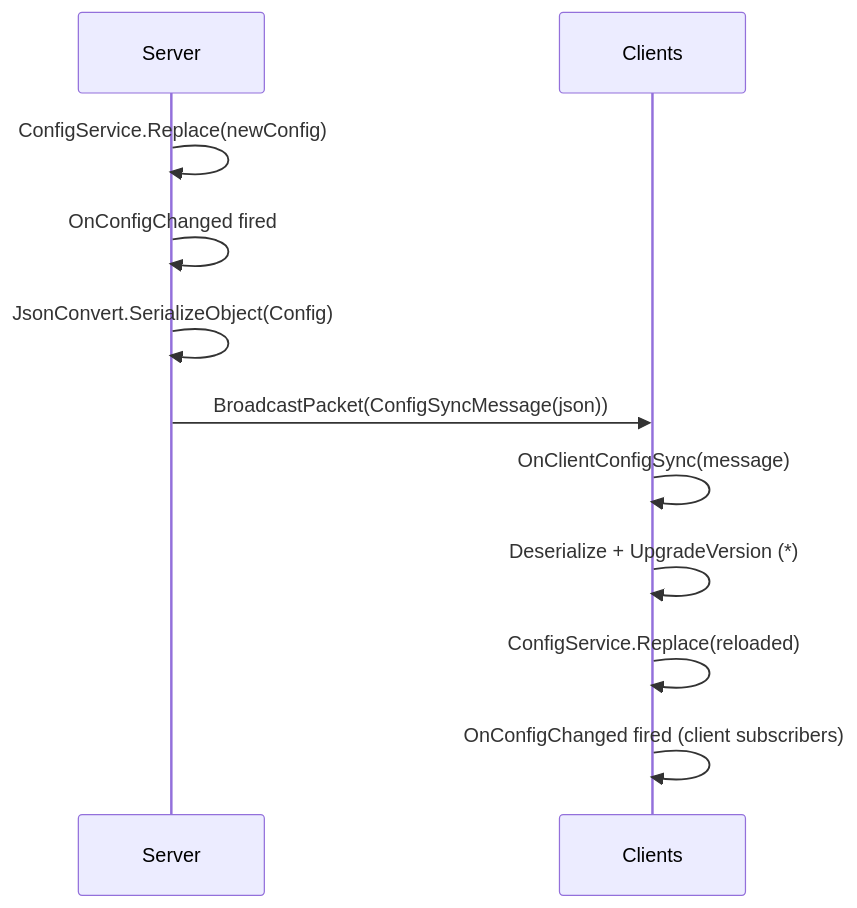
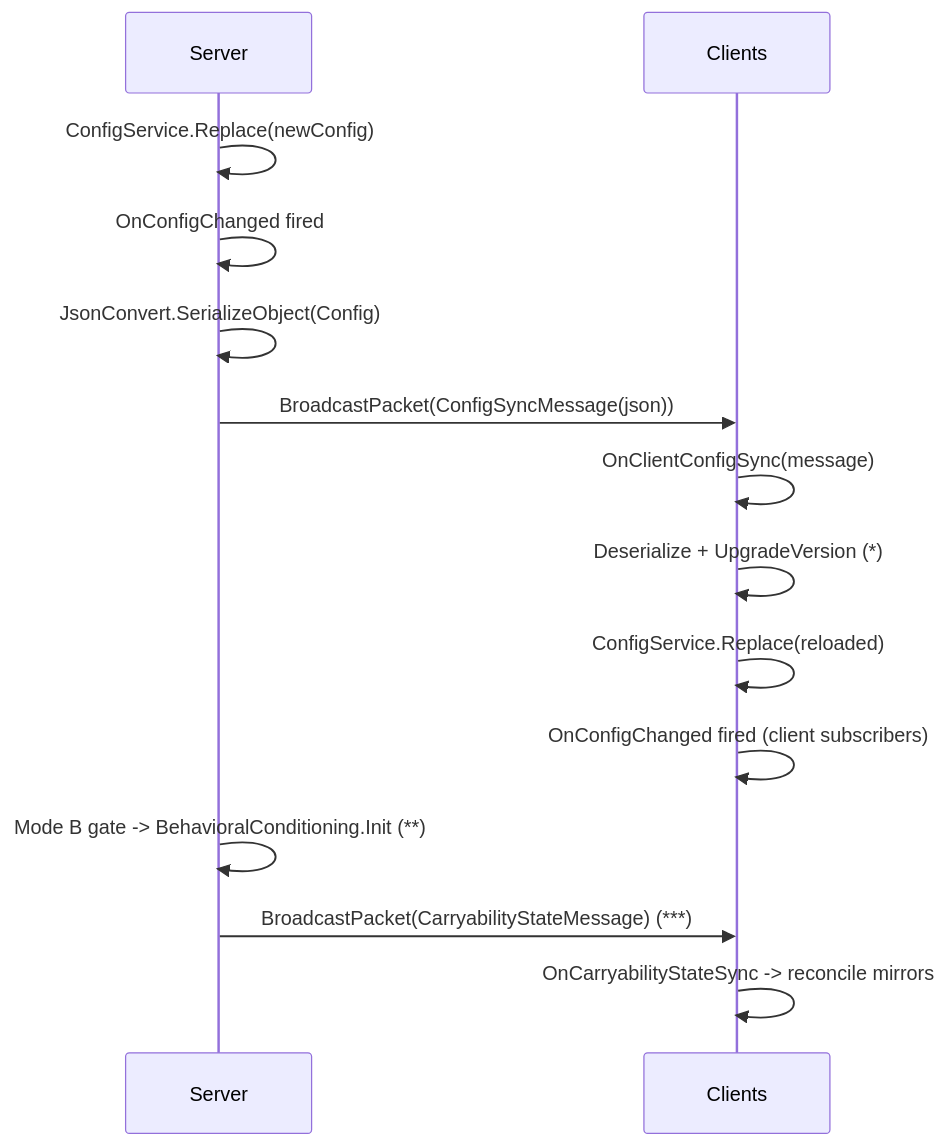
Before and after one commit to NerdScurvy/CarryOn: the sixth of 7 diagrams in docs/technical-overview/config-initialization-and-flow.md, drawn with Mermaid. The commit also changed other lines of this file and 392 other files, not shown here.

````diff
--- a/docs/technical-overview/config-initialization-and-flow.md
+++ b/docs/technical-overview/config-initialization-and-flow.md
@@ -252,13 +473,16 @@
 ```mermaid
 sequenceDiagram
     participant Server
     participant Clients
     Server->>Server: ConfigService.Replace(newConfig)
     Server->>Server: OnConfigChanged fired
     Server->>Server: JsonConvert.SerializeObject(Config)
     Server->>Clients: BroadcastPacket(ConfigSyncMessage(json))
     Clients->>Clients: OnClientConfigSync(message)
     Clients->>Clients: Deserialize + UpgradeVersion (*)
     Clients->>Clients: ConfigService.Replace(reloaded)
     Clients->>Clients: OnConfigChanged fired (client subscribers)
+    Server->>Server: Mode B gate -> BehavioralConditioning.Init (**)
+    Server->>Clients: BroadcastPacket(CarryabilityStateMessage) (***)
+    Clients->>Clients: OnCarryabilityStateSync -> reconcile mirrors
 ```
````
